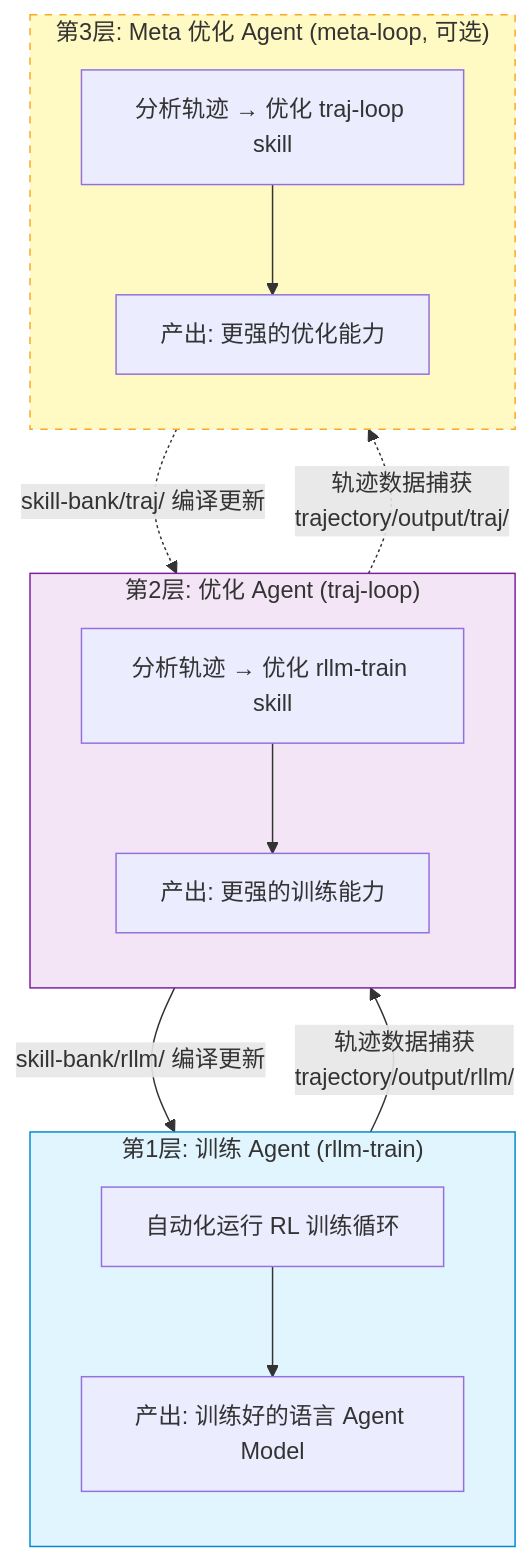
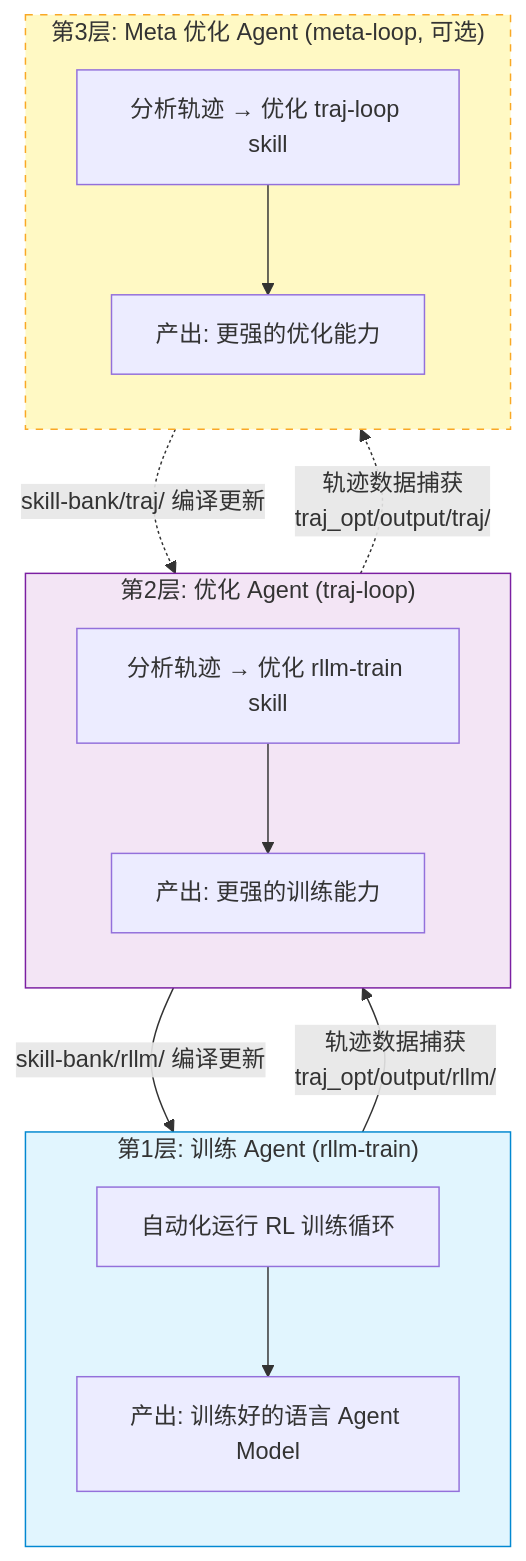
One commit to zhangqin200182/agent-evolution changed the first of 3 diagrams in README.md. Above: the diagram before and after it, drawn with Mermaid. The commit also changed other lines of this file and 247 other files, not shown here.

First line of the commit message:
Rename rllm_trl → rllm_train, trajectory → traj_opt

````diff
--- a/README.md
+++ b/README.md
@@ -11,37 +11,37 @@
 ```mermaid
 flowchart TB
     subgraph L1["第1层: 训练 Agent (rllm-train)"]
         direction TB
         T1[自动化运行 RL 训练循环]
         T2[产出: 训练好的语言 Agent Model]
     end
 
     T1 --> T2
 
-    T2 -->|"轨迹数据捕获<br/>trajectory/output/rllm/"| L2
+    T2 -->|"轨迹数据捕获<br/>traj_opt/output/rllm/"| L2
 
     subgraph L2["第2层: 优化 Agent (traj-loop)"]
         direction TB
         O1[分析轨迹 → 优化 rllm-train skill]
         O2[产出: 更强的训练能力]
     end
 
     O1 --> O2
 
     O2 -->|"skill-bank/rllm/ 编译更新"| L1
 
-    O2 -.->|"轨迹数据捕获<br/>trajectory/output/traj/"| L3
+    O2 -.->|"轨迹数据捕获<br/>traj_opt/output/traj/"| L3
 
     subgraph L3["第3层: Meta 优化 Agent (meta-loop, 可选)"]
         direction TB
         M1[分析轨迹 → 优化 traj-loop skill]
         M2[产出: 更强的优化能力]
     end
 
     M1 --> M2
     M2 -.->|"skill-bank/traj/ 编译更新"| L2
 
     style L1 fill:#e1f5fe,stroke:#0288d1
     style L2 fill:#f3e5f5,stroke:#7b1fa2
     style L3 fill:#fff9c4,stroke:#f9a825,stroke-dasharray: 5 5
 ```
````
